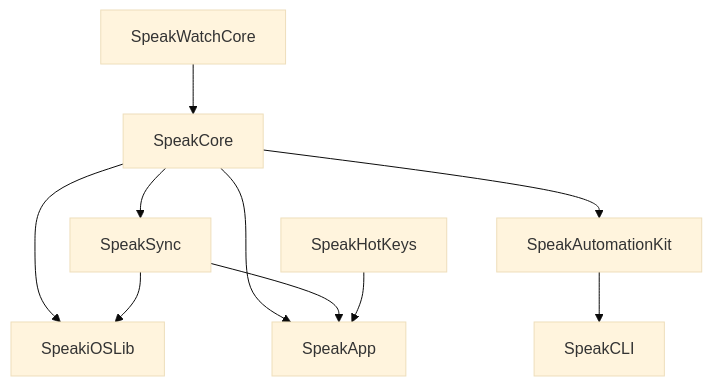
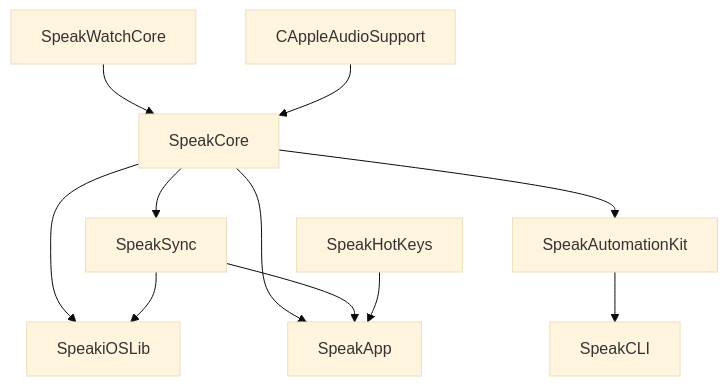
The first of 2 diagrams in Docs/Architecture.md (crmitchelmore/justspeaktoit), drawn with Mermaid (base theme) before and after one commit. The commit also changed other lines of this file and 34 other files, not shown here.

````diff
--- a/Docs/Architecture.md
+++ b/Docs/Architecture.md
@@ -52,12 +53,13 @@
 ```mermaid
 flowchart TD
     WatchCore[SpeakWatchCore] --> Core[SpeakCore]
+    AudioShim[CAppleAudioSupport] --> Core
     Core --> Sync[SpeakSync]
     Core --> IOSLib[SpeakiOSLib]
     Sync --> IOSLib
     Core --> Automation[SpeakAutomationKit]
     Automation --> CLI[SpeakCLI]
     Core --> Mac[SpeakApp]
     Sync --> Mac
     HotKeys[SpeakHotKeys] --> Mac
 ```
````
